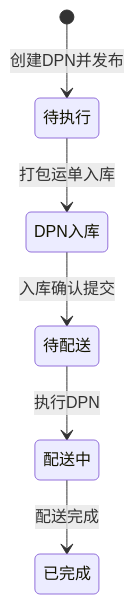
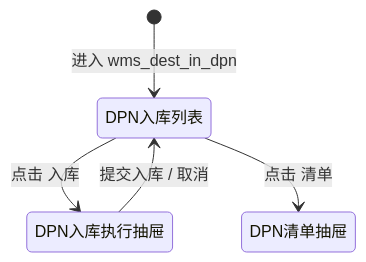
Before and after one commit to Yitiaoyu686/logistics-app: the third of 7 diagrams in .kiro/specs/dest-warehouse-mgmt/design.md, drawn with Mermaid. The commit also changed other lines of this file and 14 other files, not shown here.

````diff
--- a/.kiro/specs/dest-warehouse-mgmt/design.md
+++ b/.kiro/specs/dest-warehouse-mgmt/design.md
@@ -118,8 +106,7 @@
 ```mermaid
 stateDiagram-v2
-    [*] --> 待执行: 创建DPN并发布
-    待执行 --> DPN入库: 打包运单入库
-    DPN入库 --> 待配送: 入库确认提交
-    待配送 --> 配送中: 执行DPN
-    配送中 --> 已完成: 配送完成
+    [*] --> DPN入库列表: 进入 wms_dest_in_dpn
+    DPN入库列表 --> DPN入库执行抽屉: 点击 入库
+    DPN入库列表 --> DPN清单抽屉: 点击 清单
+    DPN入库执行抽屉 --> DPN入库列表: 提交入库 / 取消
 ```
````
